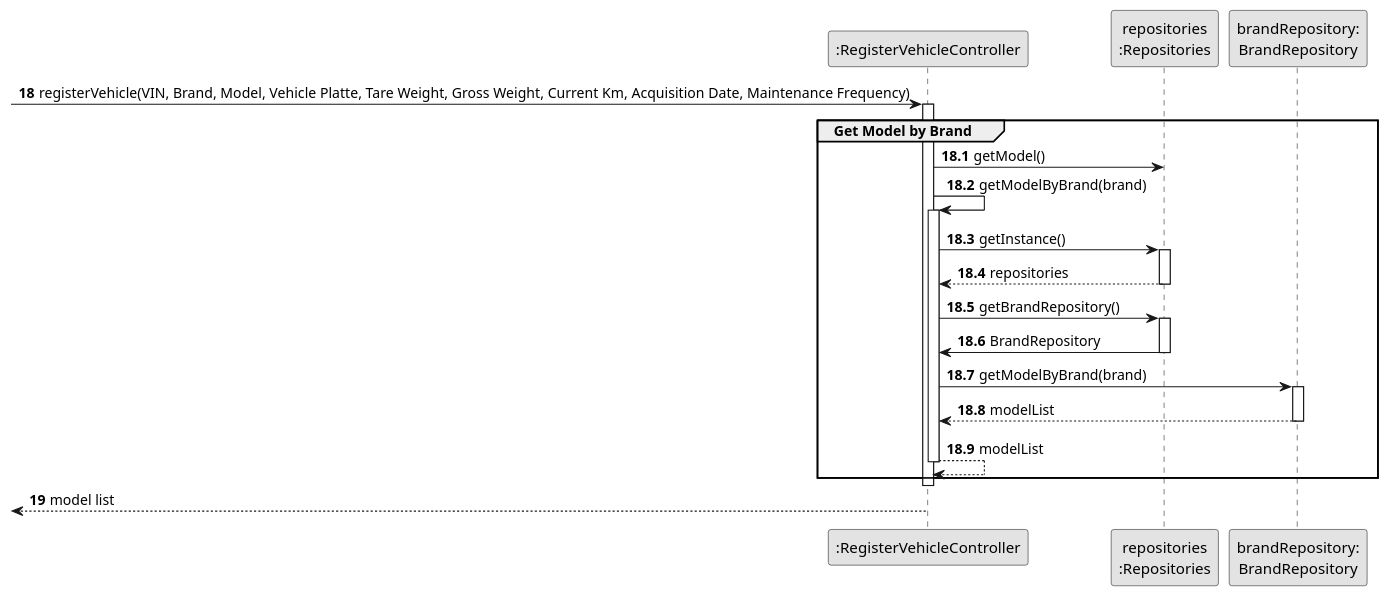
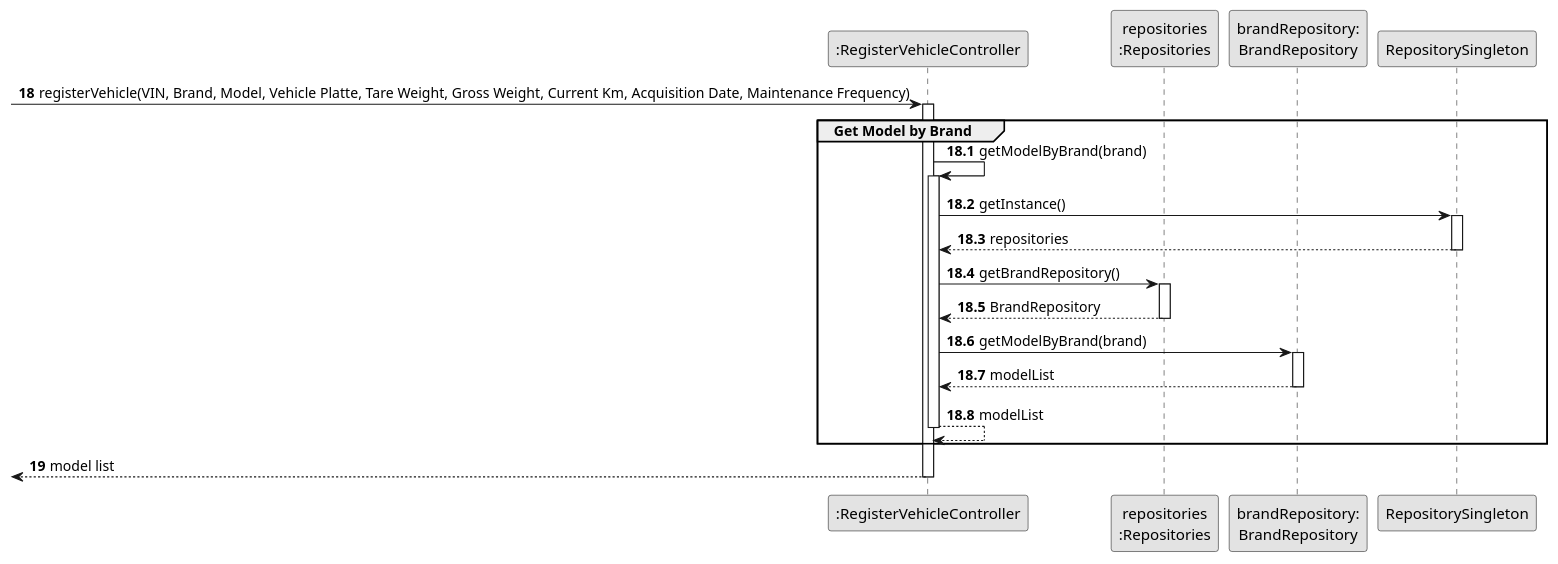
Before and after one commit to ricardomm7/leaflink: the diagram in docs/sprintB/us006/03.design/puml/us006-sequence-diagram-partial-get-model-by-brand.puml, drawn with PlantUML. The commit also changed 3 other files, not shown here.

Commit message:
LFC2-88<Change the sequence diagram>

```diff
--- a/docs/sprintB/us006/03.design/puml/us006-sequence-diagram-partial-get-model-by-brand.puml
+++ b/docs/sprintB/us006/03.design/puml/us006-sequence-diagram-partial-get-model-by-brand.puml
@@ -1,50 +1,47 @@
 @startuml
 skinparam monochrome true
 skinparam packageStyle rectangle
 skinparam shadowing false
 
 participant ":RegisterVehicleController" as CTRL
 participant "repositories\n:Repositories" as PLAT
 participant "brandRepository:\nBrandRepository" as BrandRepository
 
 autonumber 18
 -> CTRL : registerVehicle(VIN, Brand, Model, Vehicle Platte, Tare Weight, Gross Weight, Current Km, Acquisition Date, Maintenance Frequency)
 
 autonumber 18.1
 activate CTRL
     group Get Model by Brand
 
-CTRL -> PLAT : getModel()
-            CTRL -> CTRL : getModelByBrand(brand)
-                                activate CTRL
+        CTRL -> CTRL : getModelByBrand(brand)
+        activate CTRL
 
-                                    CTRL -> PLAT : getInstance()
-                                    activate PLAT
+        CTRL -> RepositorySingleton : getInstance()
+        activate RepositorySingleton
 
-                                    PLAT --> CTRL: repositories
-                                    deactivate PLAT
+        RepositorySingleton --> CTRL: repositories
+        deactivate RepositorySingleton
 
-                                    CTRL -> PLAT : getBrandRepository()
-                                    activate PLAT
+        CTRL -> PLAT : getBrandRepository()
+        activate PLAT
 
-                                    PLAT -> CTRL : BrandRepository
-                                    deactivate PLAT
+        PLAT --> CTRL : BrandRepository
+        deactivate PLAT
 
-                                    CTRL -> BrandRepository : getModelByBrand(brand)
-                                    activate BrandRepository
+        CTRL -> BrandRepository : getModelByBrand(brand)
+        activate BrandRepository
 
-                                    BrandRepository --> CTRL : modelList
-                                    deactivate BrandRepository
+        BrandRepository --> CTRL : modelList
+        deactivate BrandRepository
 
-                                CTRL --> CTRL : modelList
-                                deactivate CTRL
+        CTRL --> CTRL : modelList
+        deactivate CTRL
 
     end
-    deactivate CTRL
-
     autonumber 19
     <-- CTRL : model list
 deactivate CTRL
 
 
 @enduml
```
